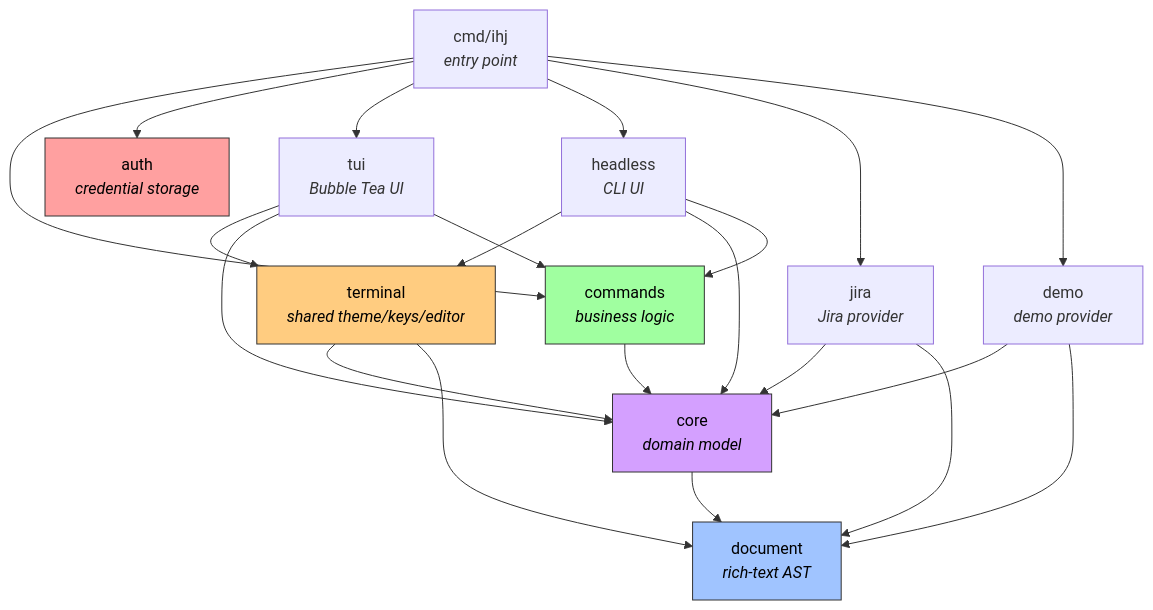
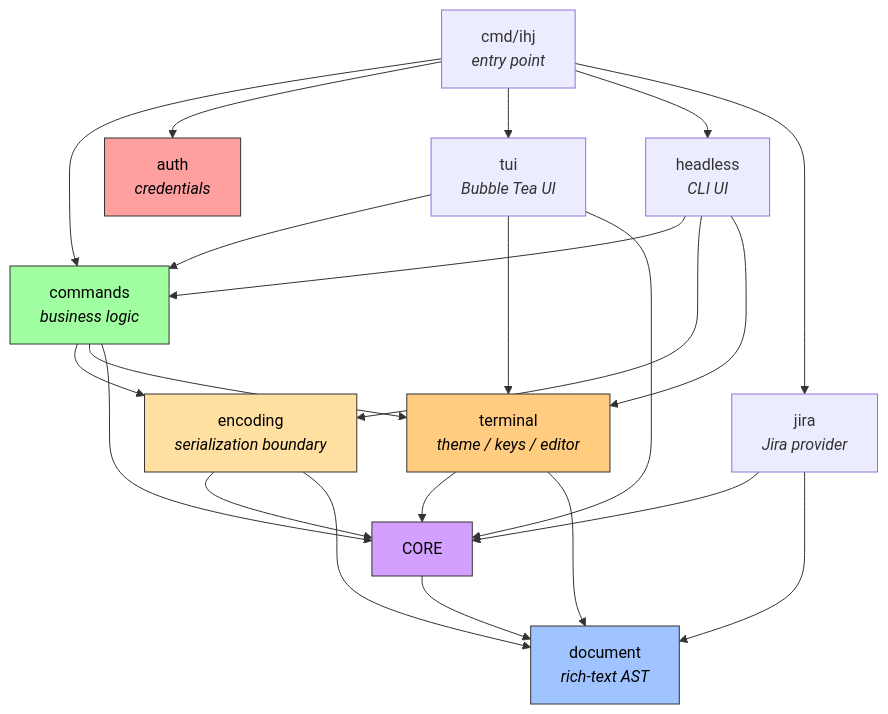
Before and after one commit to mikecsmith/ihj: the diagram in ARCHITECTURE.md, drawn with Mermaid. The commit also changed other lines of this file and 4 other files, not shown here.

Commit message:
docs: update architecture.md and out of date package comments

````diff
--- a/ARCHITECTURE.md
+++ b/ARCHITECTURE.md
@@ -96,36 +14,38 @@
 ```mermaid
 graph TD
-    CMD["cmd/ihj<br/><i>entry point</i>"] --> COMMANDS["commands<br/><i>business logic</i>"]
-    CMD --> AUTH["auth<br/><i>credential storage</i>"]
+    CMD["cmd/ihj<br/><i>entry point</i>"] --> COMMANDS
+    CMD --> AUTH["auth<br/><i>credentials</i>"]
     CMD --> TUI["tui<br/><i>Bubble Tea UI</i>"]
     CMD --> HEADLESS["headless<br/><i>CLI UI</i>"]
     CMD --> JIRA["jira<br/><i>Jira provider</i>"]
-    CMD --> DEMO["demo<br/><i>demo provider</i>"]
 
-    COMMANDS --> CORE["core<br/><i>domain model</i>"]
+    COMMANDS["commands<br/><i>business logic</i>"] --> ENCODING
+    COMMANDS --> TERMINAL["terminal<br/><i>theme / keys / editor</i>"]
+    COMMANDS --> CORE
 
-    TUI --> TERMINAL["terminal<br/><i>shared theme/keys/editor</i>"]
+    ENCODING["encoding<br/><i>serialization boundary</i>"] --> CORE
+    ENCODING --> DOCUMENT["document<br/><i>rich-text AST</i>"]
+
+    TUI --> COMMANDS
+    TUI --> TERMINAL
     TUI --> CORE
-    TUI --> COMMANDS
 
+    HEADLESS --> COMMANDS
+    HEADLESS --> ENCODING
     HEADLESS --> TERMINAL
-    HEADLESS --> CORE
-    HEADLESS --> COMMANDS
 
     TERMINAL --> CORE
-    TERMINAL --> DOCUMENT["document<br/><i>rich-text AST</i>"]
+    TERMINAL --> DOCUMENT
 
     JIRA --> CORE
     JIRA --> DOCUMENT
-
-    DEMO --> CORE
-    DEMO --> DOCUMENT
 
     CORE --> DOCUMENT
 
     style CORE fill:#d4a0ff,stroke:#333,color:#000
     style DOCUMENT fill:#a0c4ff,stroke:#333,color:#000
     style COMMANDS fill:#a0ffa0,stroke:#333,color:#000
+    style ENCODING fill:#ffe0a0,stroke:#333,color:#000
     style TERMINAL fill:#ffcc80,stroke:#333,color:#000
     style AUTH fill:#ffa0a0,stroke:#333,color:#000
 ```
````
